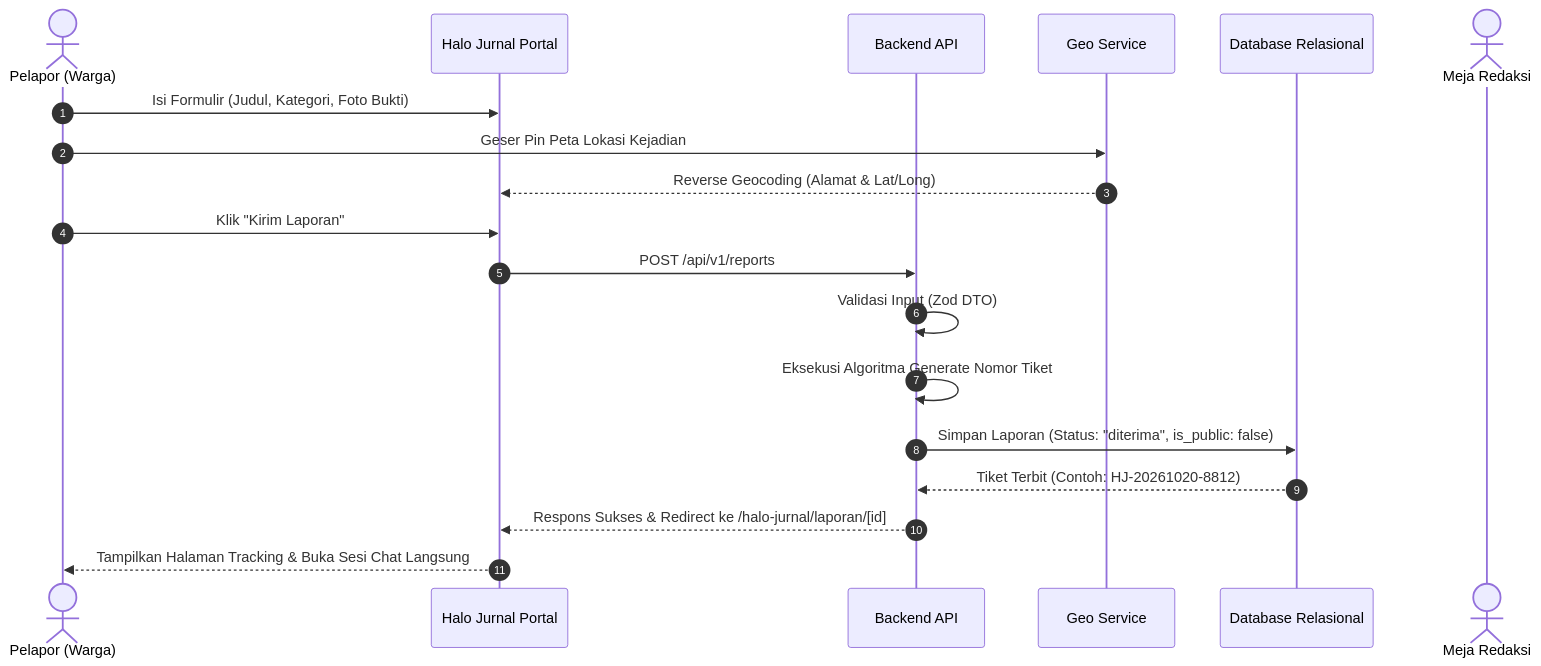
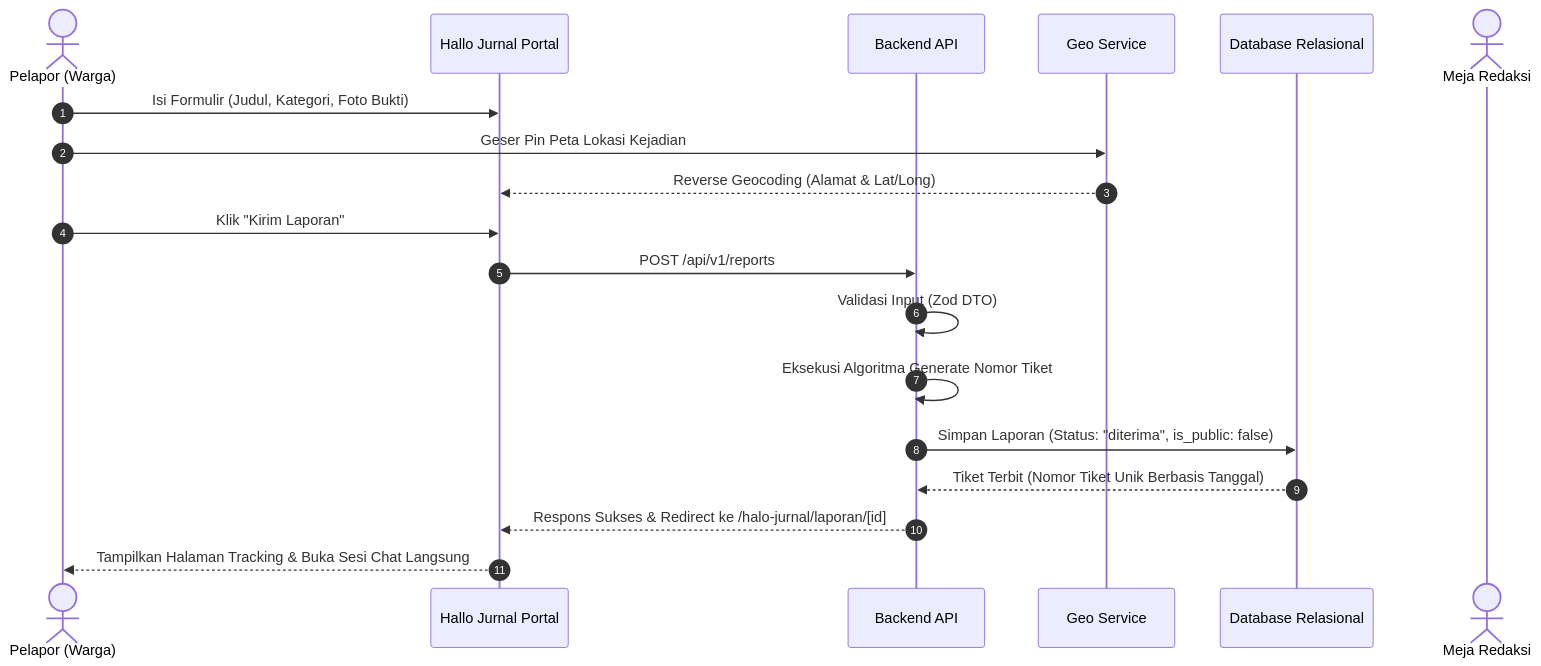
The first of 2 diagrams in RANCANGAN_BACKEND_DAN_SISTEM.md (jurnal-vibes/jurnalvibes-website), drawn with Mermaid before and after one commit. The commit also changed other lines of this file and 42 other files, not shown here.

Commit message:
revisi-terbaru31: penyelarasan nama brand Hallo Jurnal dan pembaruan dokumentasi sistem

````diff
--- a/RANCANGAN_BACKEND_DAN_SISTEM.md
+++ b/RANCANGAN_BACKEND_DAN_SISTEM.md
@@ -75,22 +79,22 @@
 ```mermaid
 sequenceDiagram
     autonumber
     actor Warga as Pelapor (Warga)
-    participant UI as Halo Jurnal Portal
+    participant UI as Hallo Jurnal Portal
     participant API as Backend API
     participant GIS as Geo Service
     participant DB as Database Relasional
     actor Redaksi as Meja Redaksi
 
     Warga->>UI: Isi Formulir (Judul, Kategori, Foto Bukti)
     Warga->>GIS: Geser Pin Peta Lokasi Kejadian
     GIS-->>UI: Reverse Geocoding (Alamat & Lat/Long)
     Warga->>UI: Klik "Kirim Laporan"
     UI->>API: POST /api/v1/reports
     API->>API: Validasi Input (Zod DTO)
     API->>API: Eksekusi Algoritma Generate Nomor Tiket
     API->>DB: Simpan Laporan (Status: "diterima", is_public: false)
-    DB-->>API: Tiket Terbit (Contoh: HJ-20261020-8812)
+    DB-->>API: Tiket Terbit (Nomor Tiket Unik Berbasis Tanggal)
     API-->>UI: Respons Sukses & Redirect ke /halo-jurnal/laporan/[id]
     UI-->>Warga: Tampilkan Halaman Tracking & Buka Sesi Chat Langsung
 ```
````
